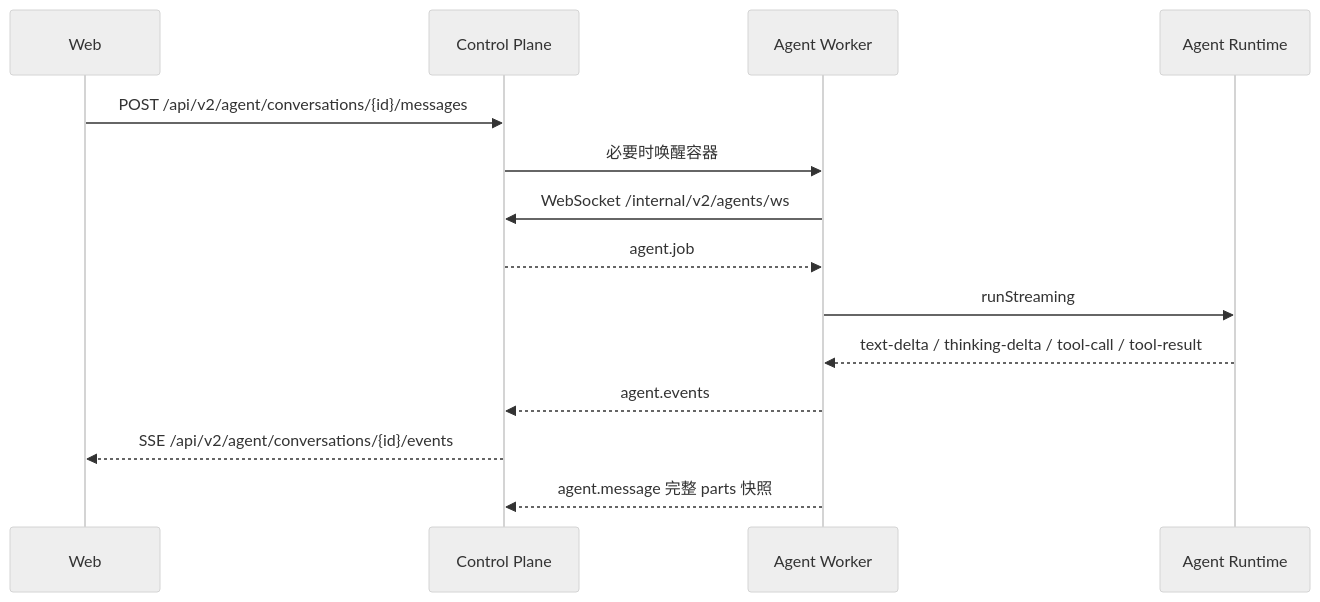
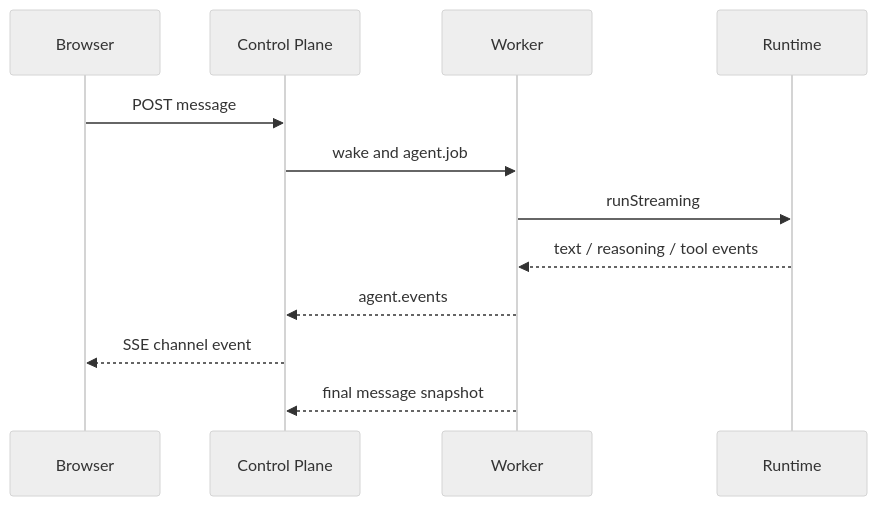
The second of 2 diagrams in docs/technical-overview.md (zzc-101/Kross), drawn with Mermaid (neutral theme) before and after one commit. The commit also changed other lines of this file and 82 other files, not shown here.

````diff
--- a/docs/technical-overview.md
+++ b/docs/technical-overview.md
@@ -167,17 +68,14 @@
 ```mermaid
 sequenceDiagram
-    participant B as Web
-    participant CP as Control Plane
-    participant W as Agent Worker
-    participant R as Agent Runtime
-
-    B->>CP: POST /api/v2/agent/conversations/{id}/messages
-    CP->>W: 必要时唤醒容器
-    W->>CP: WebSocket /internal/v2/agents/ws
-    CP-->>W: agent.job
+    participant B as Browser
+    participant C as Control Plane
+    participant W as Worker
+    participant R as Runtime
+    B->>C: POST message
+    C->>W: wake and agent.job
     W->>R: runStreaming
-    R-->>W: text-delta / thinking-delta / tool-call / tool-result
-    W-->>CP: agent.events
-    CP-->>B: SSE /api/v2/agent/conversations/{id}/events
-    W-->>CP: agent.message 完整 parts 快照
+    R-->>W: text / reasoning / tool events
+    W-->>C: agent.events
+    C-->>B: SSE channel event
+    W-->>C: final message snapshot
 ```
````
